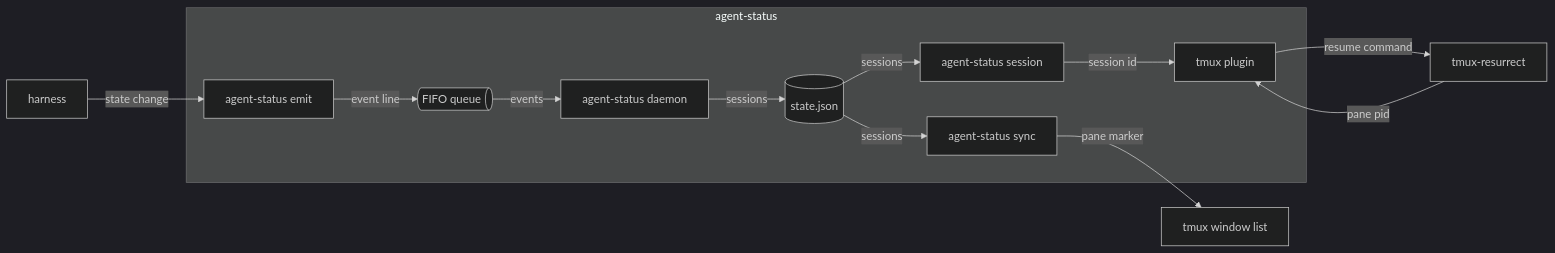
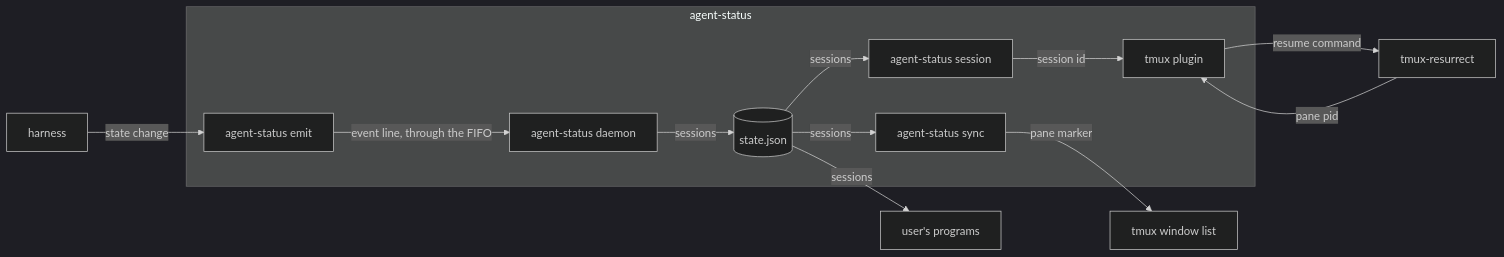
The first of 2 diagrams in docs/systems/agent-status/agent-status-spec.md (jvrsantacruz/agent-status), drawn with Mermaid (dark theme) before and after one commit. The commit also changed other lines of this file and 1 other file, not shown here.

````diff
--- a/docs/systems/agent-status/agent-status-spec.md
+++ b/docs/systems/agent-status/agent-status-spec.md
@@ -16,15 +17,15 @@
 ```mermaid
 flowchart LR
   agent[harness] -- state change --> emit
   subgraph agent-status
-    emit[agent-status emit] -- event line --> fifo@{ shape: h-cyl, label: "FIFO queue" }
-    fifo -- events --> daemon[agent-status daemon]
+    emit[agent-status emit] -- event line, through the FIFO --> daemon[agent-status daemon]
     daemon -- sessions --> state[(state.json)]
     state -- sessions --> sync[agent-status sync]
     state -- sessions --> session[agent-status session]
     session -- session id --> plugin[tmux plugin]
   end
   sync -- pane marker --> tmux[tmux window list]
+  state -- sessions --> reader[user's programs]
   resurrect[tmux-resurrect] -- pane pid --> plugin
   plugin -- resume command --> resurrect
 ```
````
